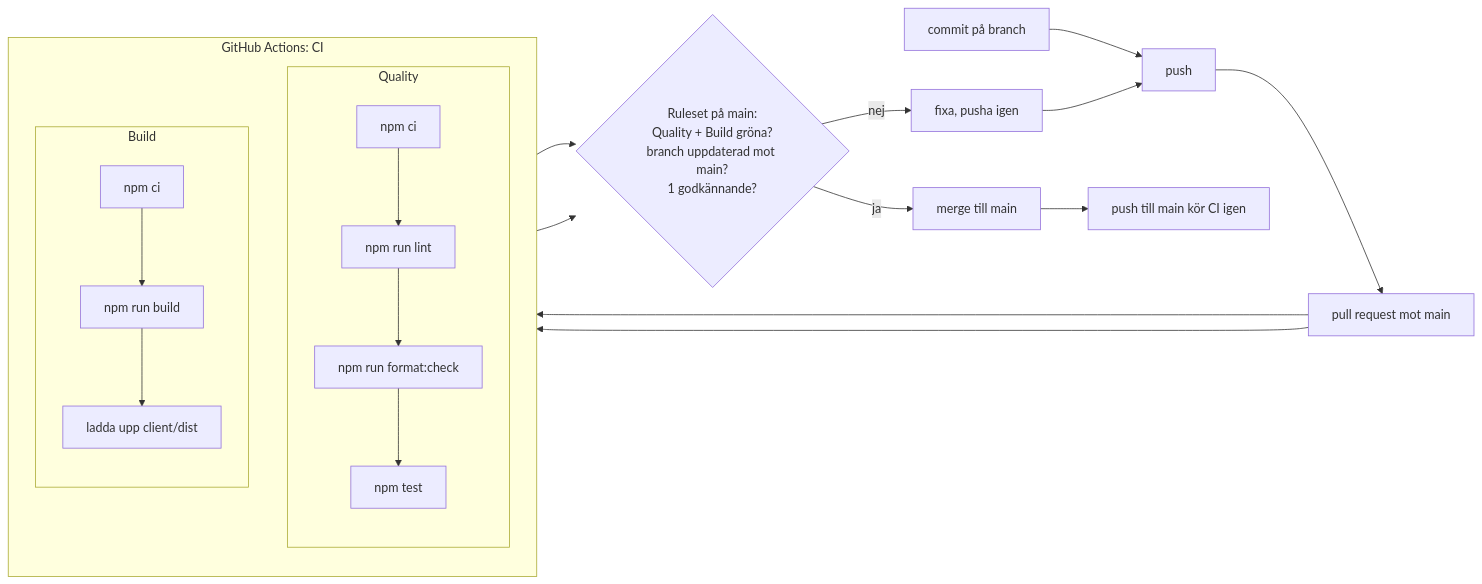
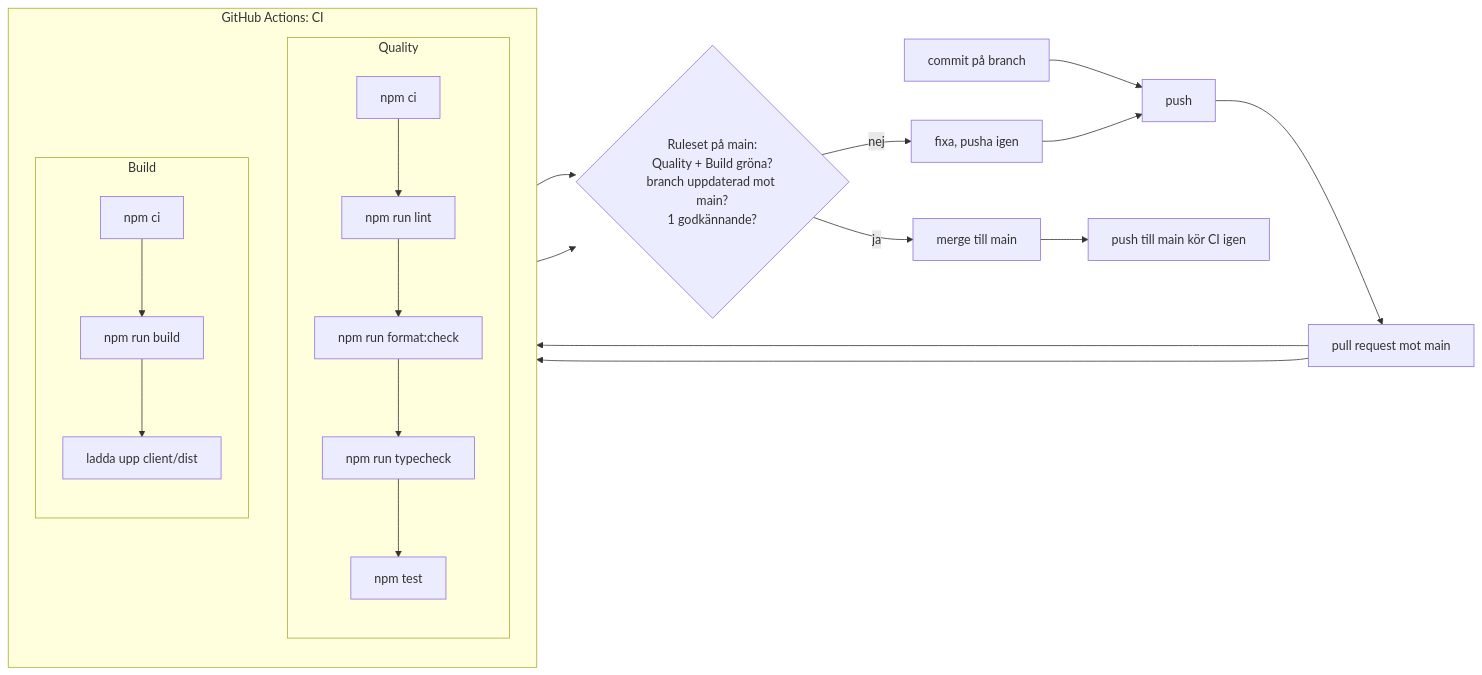
Before and after one commit to YoViking/utpost-fork: the diagram in docs/pipeline.md, drawn with Mermaid. The commit also changed other lines of this file and 2 other files, not shown here.

Commit message:
m2: add typecheck to ci quality job (#50)

````diff
--- a/docs/pipeline.md
+++ b/docs/pipeline.md
@@ -28,25 +28,25 @@
 ```mermaid
 flowchart LR
   B[commit på branch] --> P[push]
   P --> PR[pull request mot main]
 
   subgraph CI [GitHub Actions: CI]
     direction TB
     subgraph Q [Quality]
       direction TB
-      Q1[npm ci] --> Q2[npm run lint] --> Q3[npm run format:check] --> Q4[npm test]
+      Q1[npm ci] --> Q2[npm run lint] --> Q3[npm run format:check] --> Q5[npm run typecheck] --> Q4[npm test]
     end
     subgraph BU [Build]
       direction TB
       B1[npm ci] --> B2[npm run build] --> B3[ladda upp client/dist]
     end
   end
 
   PR --> Q1
   PR --> B1
   Q4 --> S{Ruleset på main:<br/>Quality + Build gröna?<br/>branch uppdaterad mot main?<br/>1 godkännande?}
   B3 --> S
   S -->|nej| F[fixa, pusha igen] --> P
   S -->|ja| M[merge till main]
   M --> MAIN[push till main kör CI igen]
 ```
````
